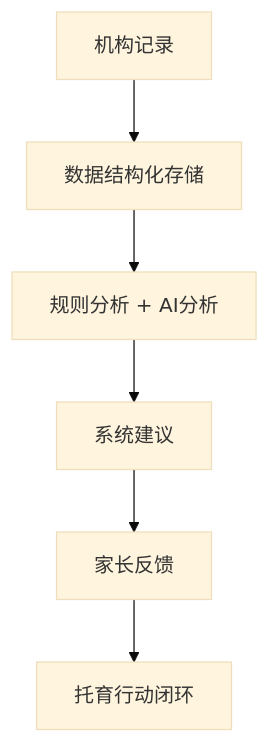
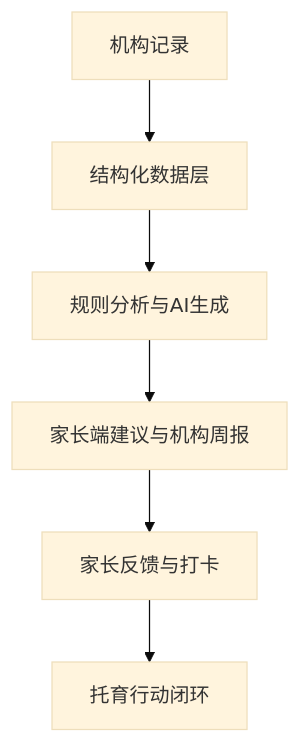
One commit to VictorMaxWang/childcare-smart changed the diagram in README.md. Above: the diagram before and after it, drawn with Mermaid (base theme). The commit also changed other lines of this file and 1 other file, not shown here.

````diff
--- a/README.md
+++ b/README.md
@@ -172,9 +202,8 @@
 ```mermaid
 graph TD
-    A[机构记录] --> B[数据结构化存储]
-    B --> C[规则分析 + AI分析]
-    C --> D[系统建议]
-    D --> E[家长反馈]
+    A[机构记录] --> B[结构化数据层]
+    B --> C[规则分析与AI生成]
+    C --> D[家长端建议与机构周报]
+    D --> E[家长反馈与打卡]
     E --> F[托育行动闭环]
-
 ```
````
